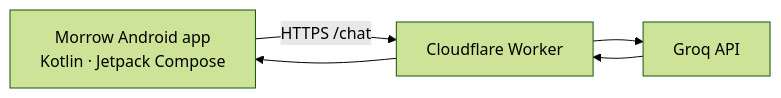
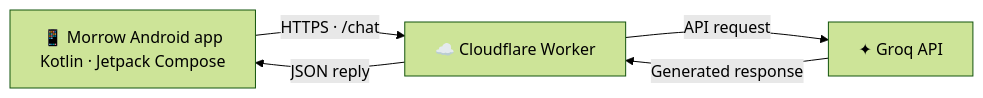
Before and after one commit to prasunmukherjeeee28-ops/Morrow: the diagram in README.md, drawn with Mermaid (forest theme). The commit also changed other lines of this file, not shown here.

Commit message:
docs: redesign README with advanced Morrow project showcase

````diff
--- a/README.md
+++ b/README.md
@@ -42,7 +72,7 @@
 ```mermaid
 flowchart LR
-    A["Morrow Android app\nKotlin · Jetpack Compose"] -->|"HTTPS /chat"| B["Cloudflare Worker"]
-    B --> C["Groq API"]
-    C --> B
-    B --> A
+    A["📱 Morrow Android app<br/>Kotlin · Jetpack Compose"] -->|"HTTPS · /chat"| B["☁️ Cloudflare Worker"]
+    B -->|"API request"| C["✦ Groq API"]
+    C -->|"Generated response"| B
+    B -->|"JSON reply"| A
 ```
````
